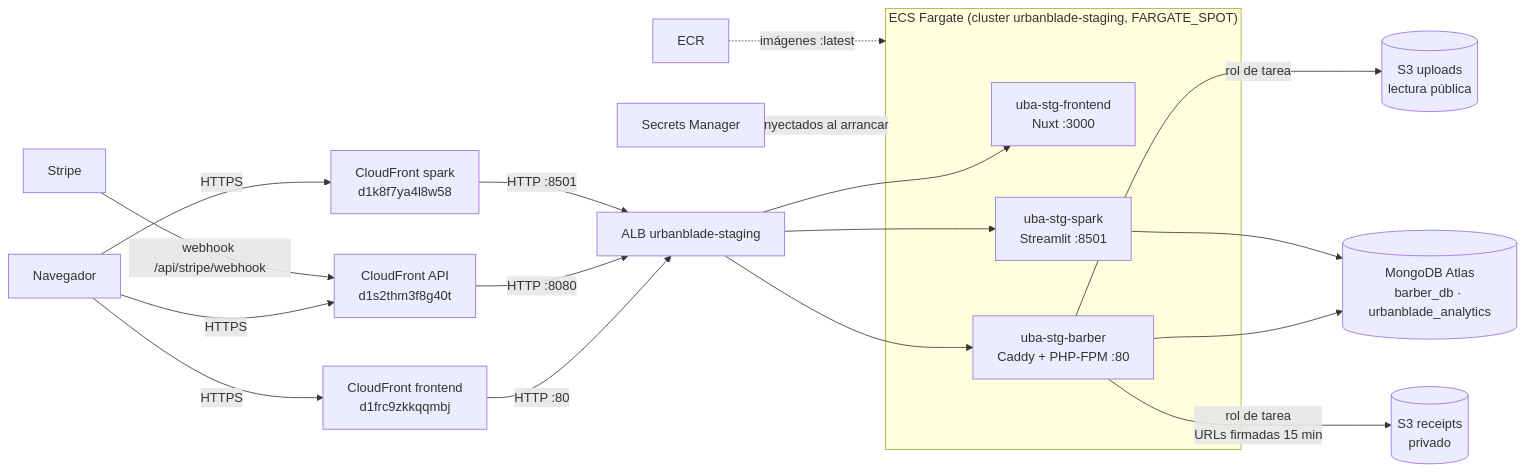
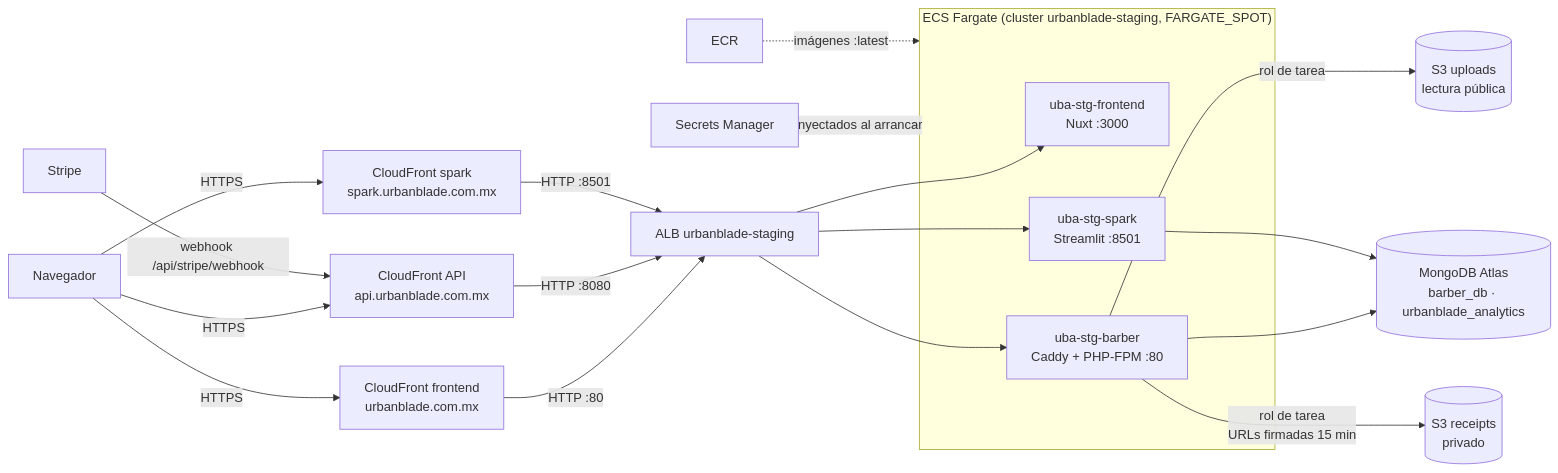
Before and after one commit to KikeGonRam/barber: the diagram in docs/DESPLIEGUE_AWS_STAGING.md, drawn with Mermaid. The commit also changed other lines of this file and 1 other file, not shown here.

Commit message:
docs(aws): documenta el dominio urbanblade.com.mx, DNS en Route 53 y el callback de Google

````diff
--- a/docs/DESPLIEGUE_AWS_STAGING.md
+++ b/docs/DESPLIEGUE_AWS_STAGING.md
@@ -16,28 +53,28 @@
 ```mermaid
 flowchart LR
-    U["Navegador"] -->|HTTPS| CFF["CloudFront frontend<br/>d1frc9zkkqqmbj"]
-    U -->|HTTPS| CFA["CloudFront API<br/>d1s2thm3f8g40t"]
-    U -->|HTTPS| CFS["CloudFront spark<br/>d1k8f7ya4l8w58"]
+    U["Navegador"] -->|HTTPS| CFF["CloudFront frontend<br/>urbanblade.com.mx"]
+    U -->|HTTPS| CFA["CloudFront API<br/>api.urbanblade.com.mx"]
+    U -->|HTTPS| CFS["CloudFront spark<br/>spark.urbanblade.com.mx"]
     ST["Stripe"] -->|"webhook /api/stripe/webhook"| CFA
 
     CFF -->|"HTTP :80"| ALB["ALB urbanblade-staging"]
     CFA -->|"HTTP :8080"| ALB
     CFS -->|"HTTP :8501"| ALB
 
     subgraph ECS["ECS Fargate (cluster urbanblade-staging, FARGATE_SPOT)"]
         FE["uba-stg-frontend<br/>Nuxt :3000"]
         BA["uba-stg-barber<br/>Caddy + PHP-FPM :80"]
         SP["uba-stg-spark<br/>Streamlit :8501"]
     end
 
     ALB --> FE
     ALB --> BA
     ALB --> SP
 
     BA --> ATL[("MongoDB Atlas<br/>barber_db · urbanblade_analytics")]
     SP --> ATL
     BA -->|"rol de tarea"| S3P[("S3 uploads<br/>lectura pública")]
     BA -->|"rol de tarea<br/>URLs firmadas 15 min"| S3R[("S3 receipts<br/>privado")]
     SM["Secrets Manager"] -.->|"inyectados al arrancar"| ECS
     ECR["ECR"] -.->|"imágenes :latest"| ECS
 ```
````
